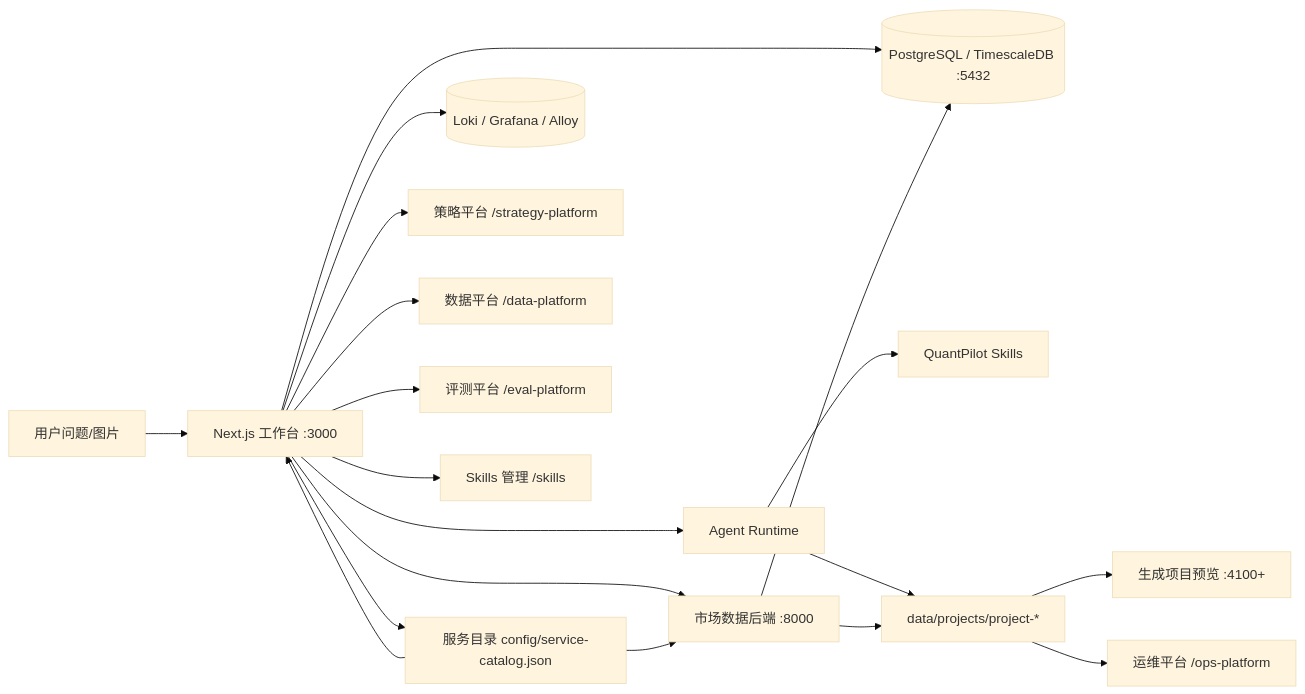
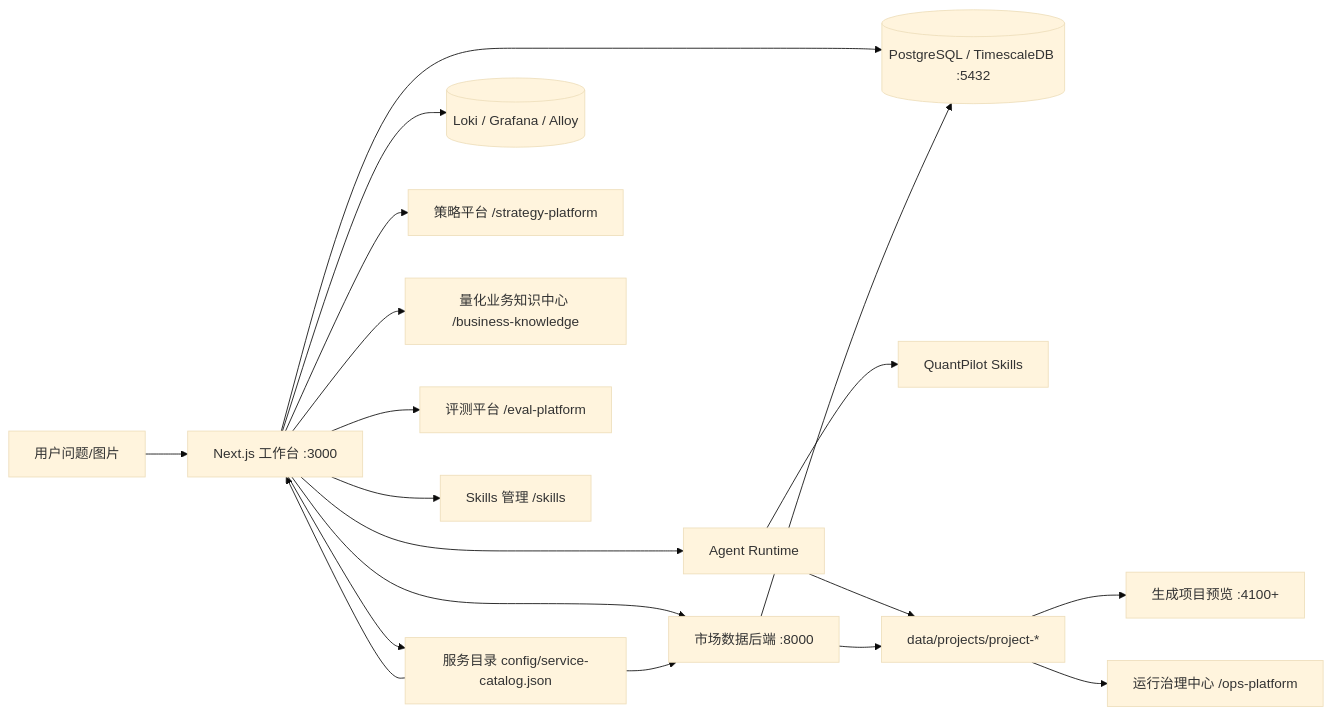
The diagram in docs/architecture.md (xbzz1018/SignalForge), drawn with Mermaid (base theme) before and after one commit. The commit also changed other lines of this file and 26 other files, not shown here.

````diff
--- a/docs/architecture.md
+++ b/docs/architecture.md
@@ -5,21 +5,21 @@
 ```mermaid
 flowchart LR
   U[用户问题/图片] --> W[Next.js 工作台 :3000]
   W --> DB[(PostgreSQL / TimescaleDB :5432)]
   W --> R[Agent Runtime]
   R --> S[QuantPilot Skills]
   W --> M[市场数据后端 :8000]
   W --> SC[服务目录 config/service-catalog.json]
   SC --> W
   SC --> M
   M --> DB
   W --> L[(Loki / Grafana / Alloy)]
   R --> P[data/projects/project-*]
   M --> P
   P --> V[生成项目预览 :4100+]
-  P --> H[运维平台 /ops-platform]
+  P --> H[运行治理中心 /ops-platform]
   W --> T[策略平台 /strategy-platform]
-  W --> C[数据平台 /data-platform]
+  W --> C[量化业务知识中心 /business-knowledge]
   W --> E[评测平台 /eval-platform]
   W --> A[Skills 管理 /skills]
 ```
````
